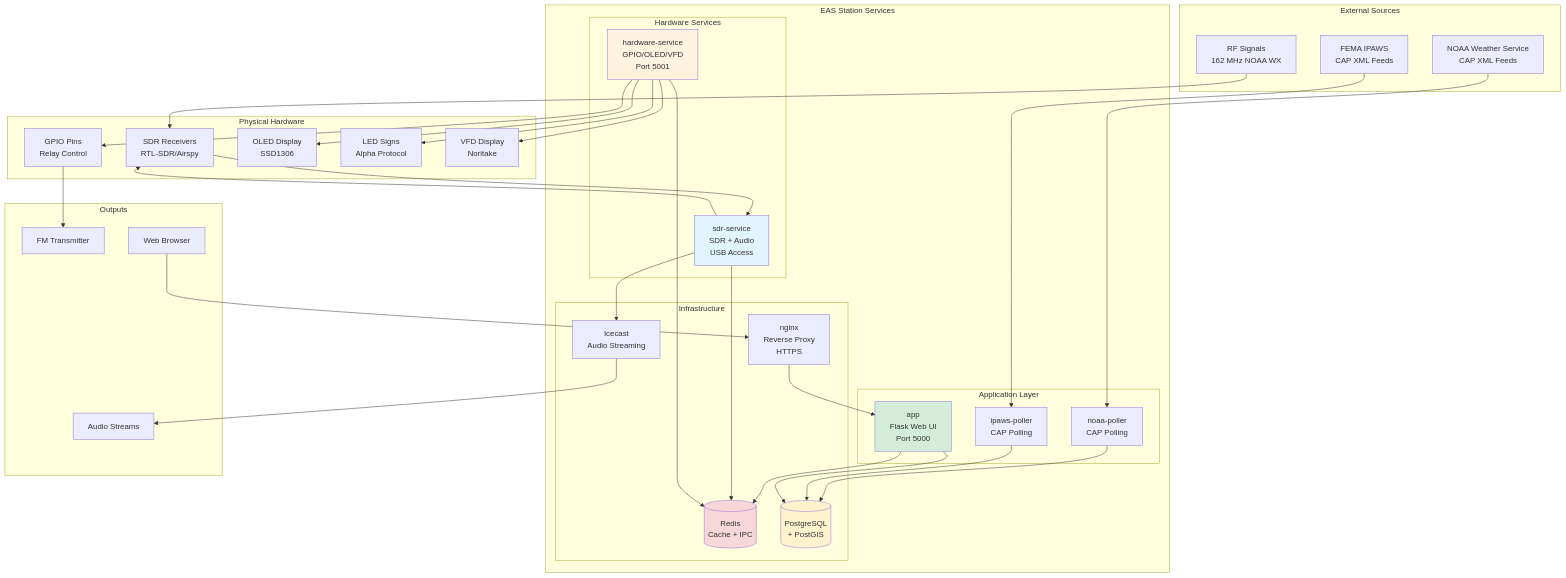
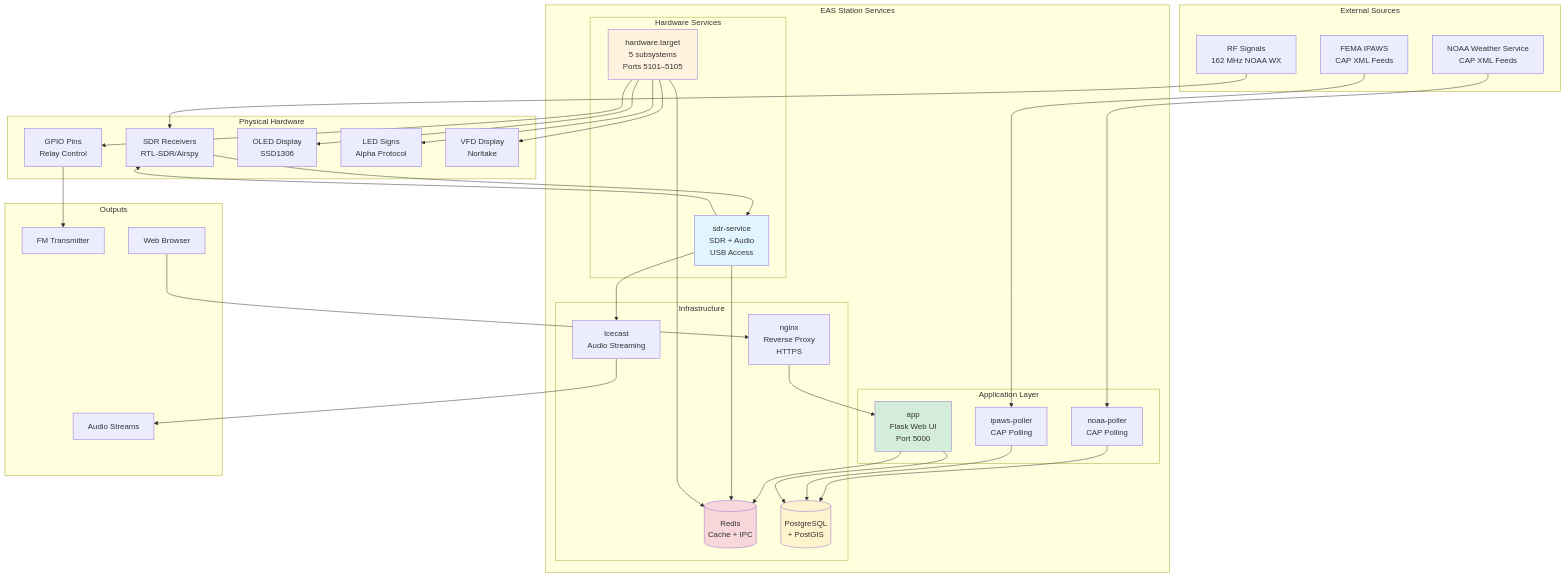
One commit to KR8MER/eas-station changed the first of 7 diagrams in docs/architecture/THEORY_OF_OPERATION.md. Above: the diagram before and after it, drawn with Mermaid. The commit also changed 17 other files, not shown here.

````diff
--- a/docs/architecture/THEORY_OF_OPERATION.md
+++ b/docs/architecture/THEORY_OF_OPERATION.md
@@ -11,71 +11,71 @@
 ```mermaid
 graph TB
     subgraph External["External Sources"]
         NOAA[NOAA Weather Service<br/>CAP XML Feeds]
         IPAWS[FEMA IPAWS<br/>CAP XML Feeds]
         RF[RF Signals<br/>162 MHz NOAA WX]
     end
 
     subgraph EASServices["EAS Station Services"]
         subgraph AppLayer["Application Layer"]
             APP[app<br/>Flask Web UI<br/>Port 5000]
             NOAA_POLL[noaa-poller<br/>CAP Polling]
             IPAWS_POLL[ipaws-poller<br/>CAP Polling]
         end
 
         subgraph HardwareLayer["Hardware Services"]
             SDR[sdr-service<br/>SDR + Audio<br/>USB Access]
-            HW[hardware-service<br/>GPIO/OLED/VFD<br/>Port 5001]
+            HW[hardware.target<br/>5 subsystems<br/>Ports 5101–5105]
         end
 
         subgraph Infrastructure["Infrastructure"]
             REDIS[(Redis<br/>Cache + IPC)]
             DB[(PostgreSQL<br/>+ PostGIS)]
             ICECAST[Icecast<br/>Audio Streaming]
             NGINX[nginx<br/>Reverse Proxy<br/>HTTPS]
         end
     end
 
     subgraph Hardware["Physical Hardware"]
         SDR_DEV[SDR Receivers<br/>RTL-SDR/Airspy]
         GPIO[GPIO Pins<br/>Relay Control]
         OLED[OLED Display<br/>SSD1306]
         LED[LED Signs<br/>Alpha Protocol]
         VFD_DEV[VFD Display<br/>Noritake]
     end
 
     subgraph Output["Outputs"]
         TX[FM Transmitter]
         BROWSER[Web Browser]
         STREAM[Audio Streams]
     end
 
     %% Data flows
     NOAA --> NOAA_POLL
     IPAWS --> IPAWS_POLL
     NOAA_POLL --> DB
     IPAWS_POLL --> DB
     RF --> SDR_DEV --> SDR
     
     APP --> DB
     APP --> REDIS
     SDR --> REDIS
     SDR --> ICECAST
     HW --> REDIS
     
     SDR --> SDR_DEV
     HW --> GPIO --> TX
     HW --> OLED
     HW --> LED
     HW --> VFD_DEV
     
     NGINX --> APP
     BROWSER --> NGINX
     ICECAST --> STREAM
 
     style APP fill:#d4edda
     style SDR fill:#e1f5ff
     style HW fill:#fff3e0
     style DB fill:#fff3cd
     style REDIS fill:#f8d7da
 ```
````
